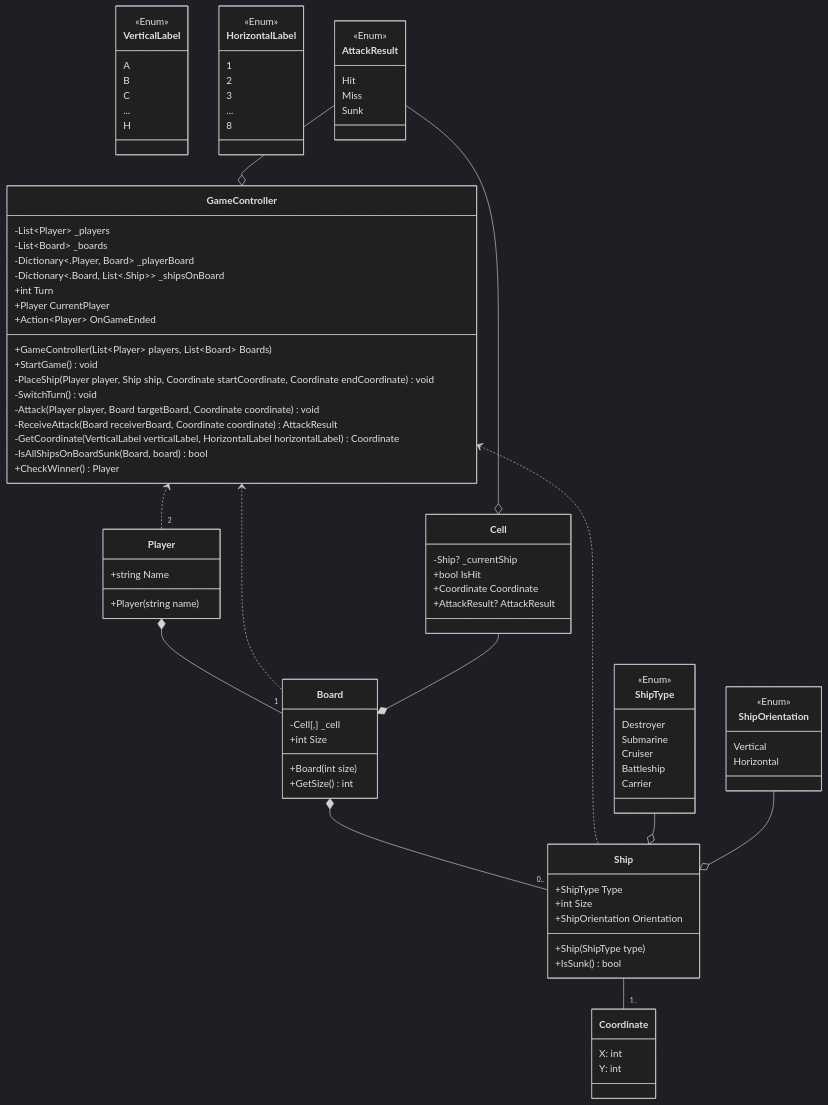
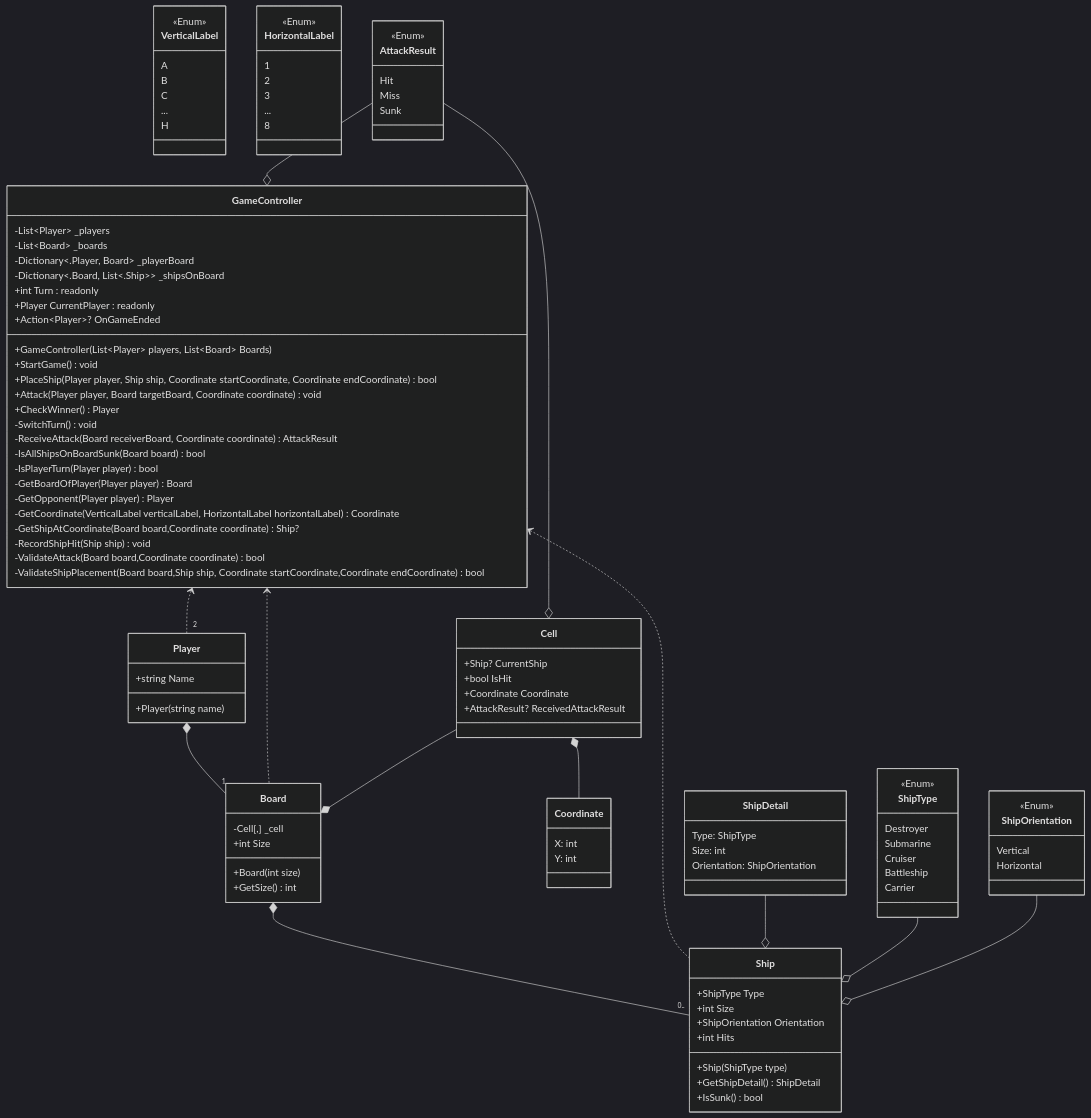
Before and after one commit to Zulfaabam/bootcamp-formulatrix: the diagram in battleships.md, drawn with Mermaid (dark theme).

```diff
--- a/battleships.md
+++ b/battleships.md
@@ -4,6 +4,12 @@
 
 classDiagram
 direction TB
+    class ShipDetail {
+        Type: ShipType
+        Size: int
+        Orientation: ShipOrientation
+    }
+
     class Coordinate {
         X: int
         Y: int
@@ -13,7 +19,9 @@
         +ShipType Type
         +int Size
         +ShipOrientation Orientation
+        +int Hits
         +Ship(ShipType type)
+        +GetShipDetail() ShipDetail
         +IsSunk() bool
     }
 
@@ -65,10 +73,10 @@
     }
 
     class Cell {
-        -Ship? _currentShip
+        +Ship? CurrentShip
         +bool IsHit
         +Coordinate Coordinate
-        +AttackResult? AttackResult
+        +AttackResult? ReceivedAttackResult
     }
 
     class GameController {
@@ -76,19 +84,27 @@
         -List~Board~ _boards
         -Dictionary<.Player, Board> _playerBoard
         -Dictionary<.Board, List<.Ship>> _shipsOnBoard
-        +int Turn
-        +Player CurrentPlayer
-        +Action~Player~ OnGameEnded
+        +int Turn : readonly
+        +Player CurrentPlayer : readonly
+        +Action~Player~? OnGameEnded
         +GameController(List~Player~ players, List~Board~ Boards)
         +StartGame() void
-        -PlaceShip(Player player, Ship ship, Coordinate startCoordinate, Coordinate endCoordinate) void
+        +PlaceShip(Player player, Ship ship, Coordinate startCoordinate, Coordinate endCoordinate) bool
+        +Attack(Player player, Board targetBoard, Coordinate coordinate) void
+        +CheckWinner() Player
         -SwitchTurn() void
-        -Attack(Player player, Board targetBoard, Coordinate coordinate) void
         -ReceiveAttack(Board receiverBoard, Coordinate coordinate) AttackResult
+        -IsAllShipsOnBoardSunk(Board board) bool
+        -IsPlayerTurn(Player player) bool
+        -GetBoardOfPlayer(Player player) Board
+        -GetOpponent(Player player) Player
         -GetCoordinate(VerticalLabel verticalLabel, HorizontalLabel horizontalLabel) Coordinate
-        -IsAllShipsOnBoardSunk(Board, board) bool
-        +CheckWinner() Player
+        -GetShipAtCoordinate(Board board,Coordinate coordinate) Ship?
+        -RecordShipHit(Ship ship) void
+        -ValidateAttack(Board board,Coordinate coordinate) bool
+        -ValidateShipPlacement(Board board,Ship ship, Coordinate startCoordinate,Coordinate endCoordinate) bool
     }
+    
 
     <<Enum>> ShipType
     <<Enum>> AttackResult
@@ -98,10 +114,11 @@
 
     Player *-- "1" Board
     Board *-- "0.." Ship
-    Ship -- "1.." Coordinate
+    Cell *-- Coordinate
     GameController <.. "2" Player
     GameController <.. Board
     GameController <.. Ship
+    ShipDetail --o Ship
     ShipType --o Ship
     ShipOrientation --o Ship
     AttackResult --o GameController
```
